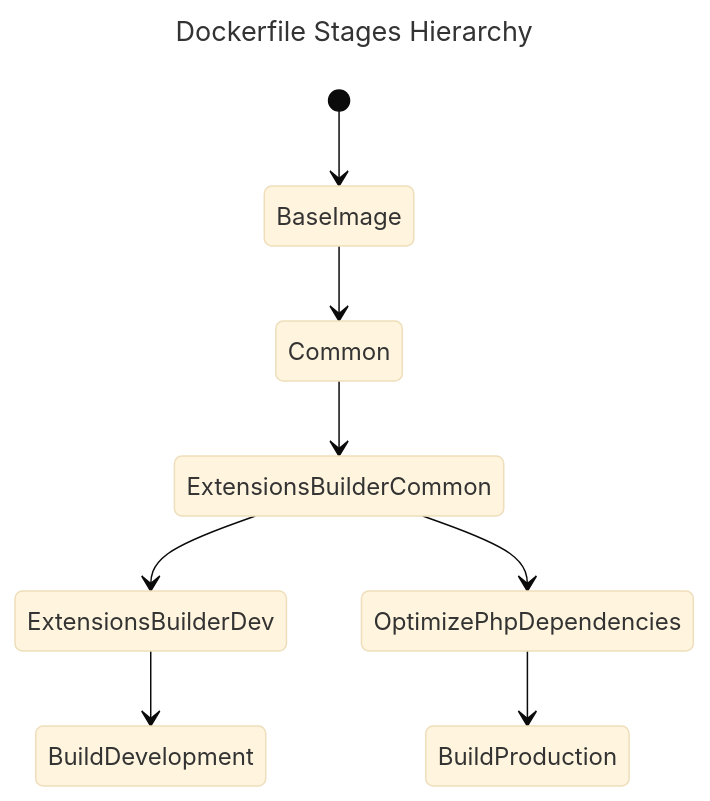
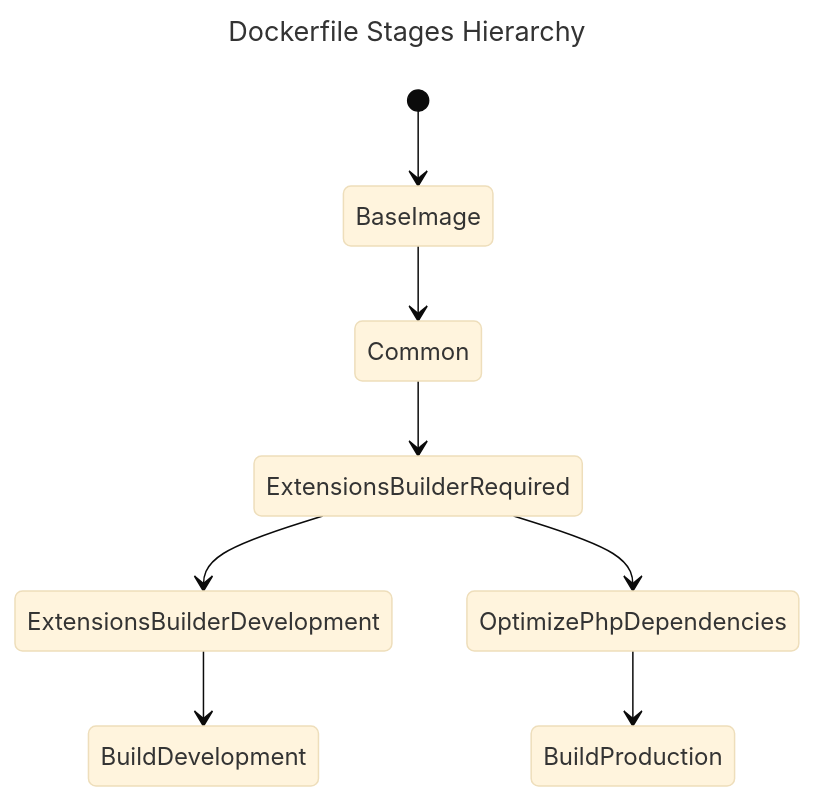
The diagram in README.md (AlcidesRC/dockerized-php), drawn with Mermaid (base theme) before and after one commit. The commit also changed other lines of this file, not shown here.

````diff
--- a/README.md
+++ b/README.md
@@ -92,15 +92,15 @@
 ```mermaid
 ---
 title: Dockerfile Stages Hierarchy
 ---
 stateDiagram-v2
     [*] --> BaseImage
     BaseImage --> Common
-    Common --> ExtensionsBuilderCommon
+    Common --> ExtensionsBuilderRequired
     
-    ExtensionsBuilderCommon --> ExtensionsBuilderDev
-    ExtensionsBuilderDev --> BuildDevelopment
+    ExtensionsBuilderRequired --> ExtensionsBuilderDevelopment
+    ExtensionsBuilderDevelopment --> BuildDevelopment
     
-    ExtensionsBuilderCommon --> OptimizePhpDependencies
+    ExtensionsBuilderRequired --> OptimizePhpDependencies
     OptimizePhpDependencies --> BuildProduction
 ```
````
